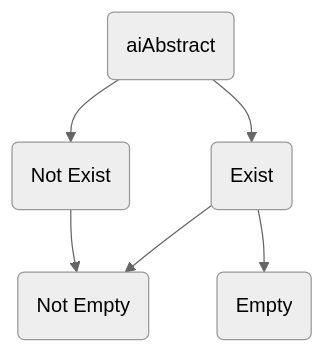
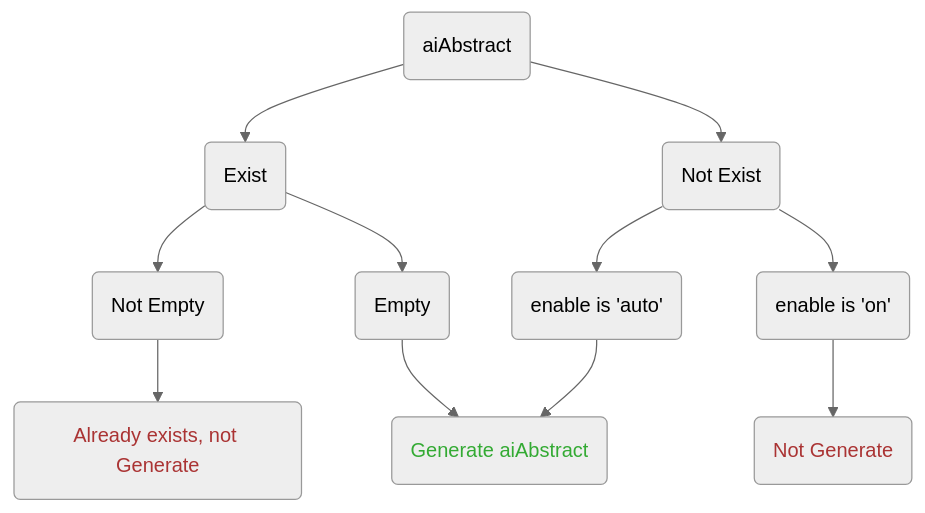
Before and after one commit to jankiny/hexo-ai-abstract: the diagram in README.md, drawn with Mermaid (neutral theme).

Commit message:
Update README.md
add a gragh for enable is set to 'on' and 'auto'

````diff
--- a/README.md
+++ b/README.md
@@ -73,10 +73,25 @@
 ```mermaid
   graph TD;
-      A(aiAbstract)-->B(Exist);
-      A-->C(Not Exist);
+      A(aiAbstract)-->B1(Exist);
+      A-->B2(Not Exist);
       
-      B-->D(Not Empty);
-      B-->E(Empty);
-      
-      C-->D;
+      B1-->C1(Not Empty);
+      B1-->C2(Empty);
+
+      C1-->Z1;
+      C2-->Z0;
+
+      B2-->D1(enable is 'auto');
+      B2-->D2(enable is 'on');
+
+      D1-->Z0;
+      D2-->Z2;
+
+      Z0(Generate aiAbstract);
+      style Z0 color:#33aa33
+      Z1(Already exists, not Generate);
+      style Z1 color:#aa3333
+      Z2(Not Generate);
+      style Z2 color:#aa3333
+
 ```
````
